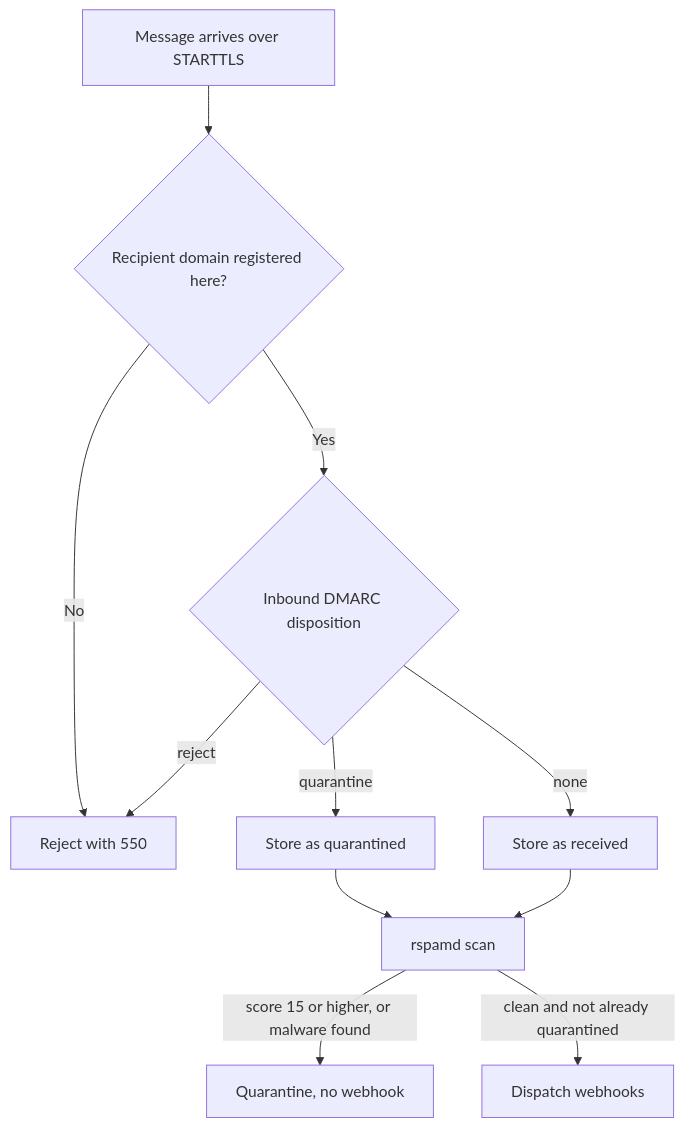
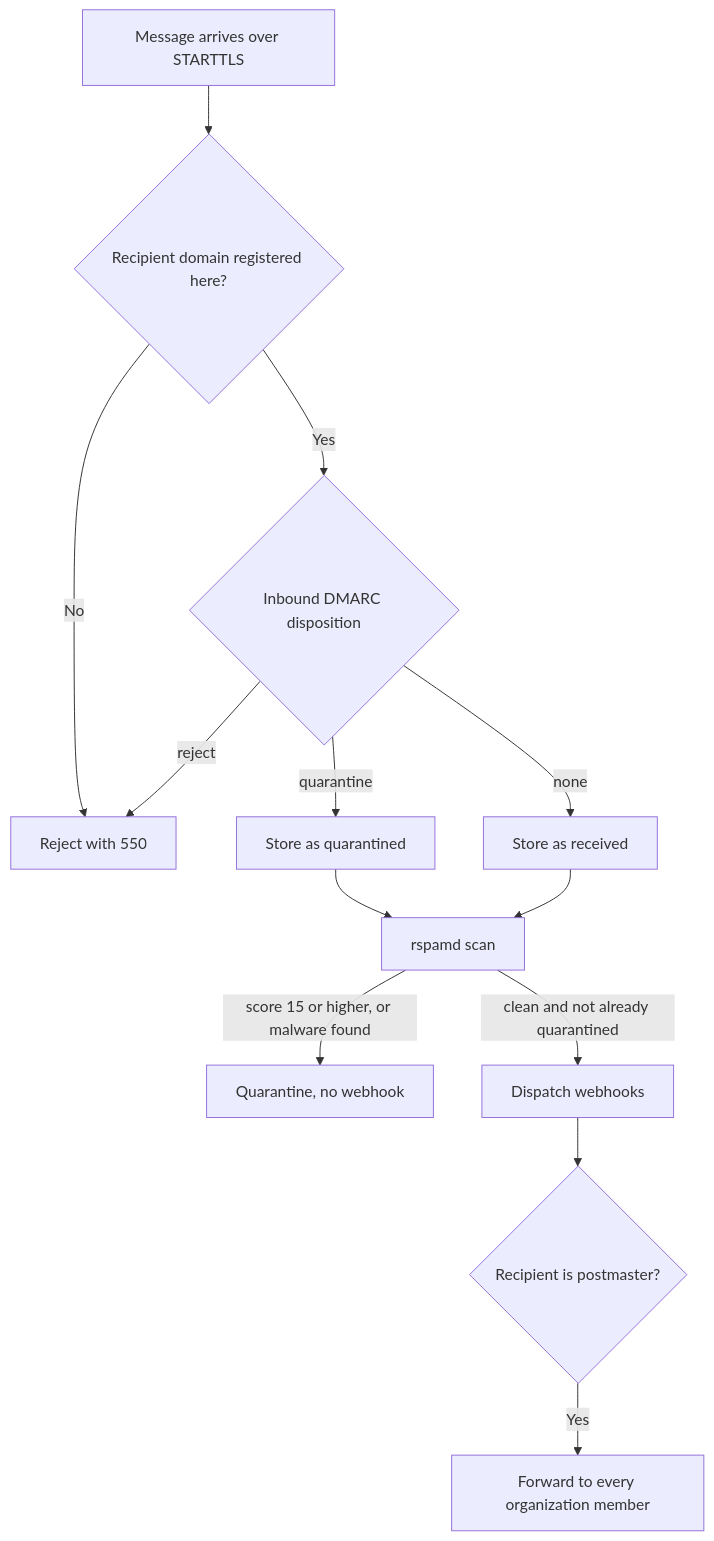
Before and after one commit to codingjoe/relay: the diagram in docs/docs/security.md, drawn with Mermaid. The commit also changed other lines of this file and 9 other files, not shown here.

First line of the commit message:
Forward postmaster mail to the organization's members

````diff
--- a/docs/docs/security.md
+++ b/docs/docs/security.md
@@ -90,13 +90,15 @@
 ```mermaid
 flowchart TD
     A[Message arrives over STARTTLS] --> B{Recipient domain registered here?}
     B -- No --> C[Reject with 550]
     B -- Yes --> D{Inbound DMARC disposition}
     D -- reject --> C
     D -- quarantine --> E[Store as quarantined]
     D -- none --> F[Store as received]
     E --> G[rspamd scan]
     F --> G
     G -- score 15 or higher, or malware found --> H[Quarantine, no webhook]
     G -- clean and not already quarantined --> I[Dispatch webhooks]
+    I --> J{Recipient is postmaster?}
+    J -- Yes --> K[Forward to every organization member]
 ```
````
